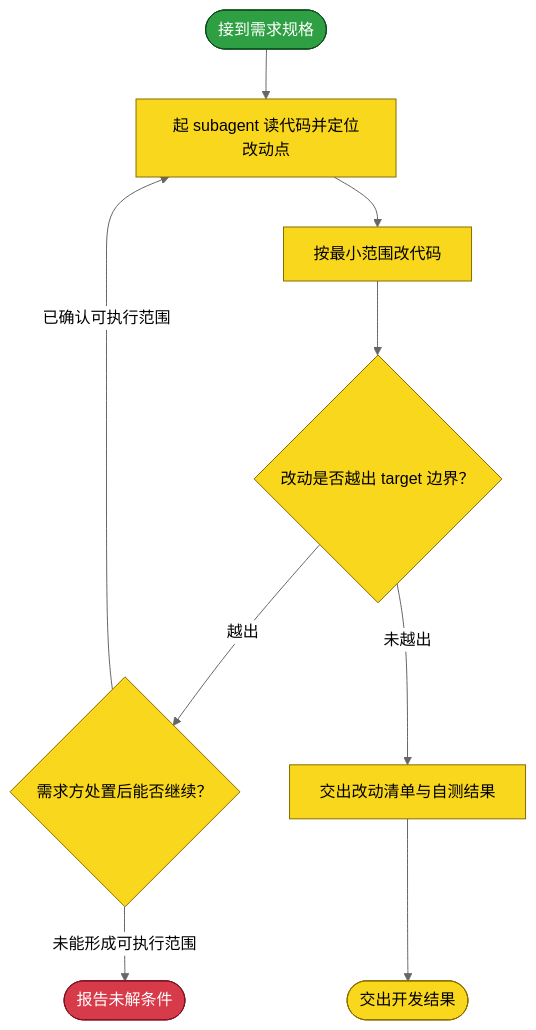
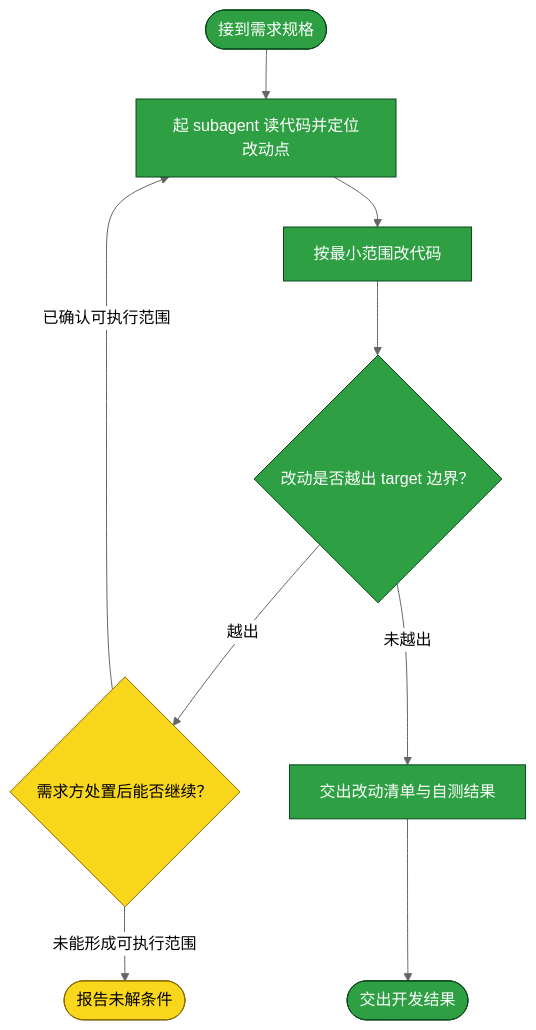
The second of 5 diagrams in assets/inbox/req.knowledge-base.assets-branch-split.20261009-133633.md (yunjies/knowledge-base), drawn with Mermaid (neutral theme) before and after one commit. The commit also changed other lines of this file, not shown here.

````diff
--- a/assets/inbox/req.knowledge-base.assets-branch-split.20261009-133633.md
+++ b/assets/inbox/req.knowledge-base.assets-branch-split.20261009-133633.md
@@ -125,18 +125,18 @@
 ```mermaid
 flowchart TB
   D_IN(["接到需求规格"]) --> D_AGENT["起 subagent 读代码并定位改动点"]
   D_AGENT --> D_EDIT["按最小范围改代码"]
   D_EDIT --> D_SCOPE{"改动是否越出 target 边界？"}
   D_SCOPE -->|"越出"| D_STOP{"需求方处置后能否继续？"}
   D_SCOPE -->|"未越出"| D_REPORT["交出改动清单与自测结果"]
   D_STOP -->|"已确认可执行范围"| D_AGENT
   D_STOP -->|"未能形成可执行范围"| D_FAIL(["报告未解条件"])
   D_REPORT --> D_OUT(["交出开发结果"])
 
   classDef todo fill:#f9d71c,stroke:#8a6d00,color:#000
   classDef done fill:#2ea043,stroke:#0b4a1b,color:#fff
   classDef stuck fill:#d73a49,stroke:#7d1220,color:#fff
   class D_IN done
-  class D_AGENT,D_EDIT,D_SCOPE,D_STOP,D_REPORT,D_OUT todo
-  class D_FAIL stuck
+  class D_AGENT,D_EDIT,D_SCOPE,D_REPORT,D_OUT done
+  class D_STOP,D_FAIL todo
 ```
````
